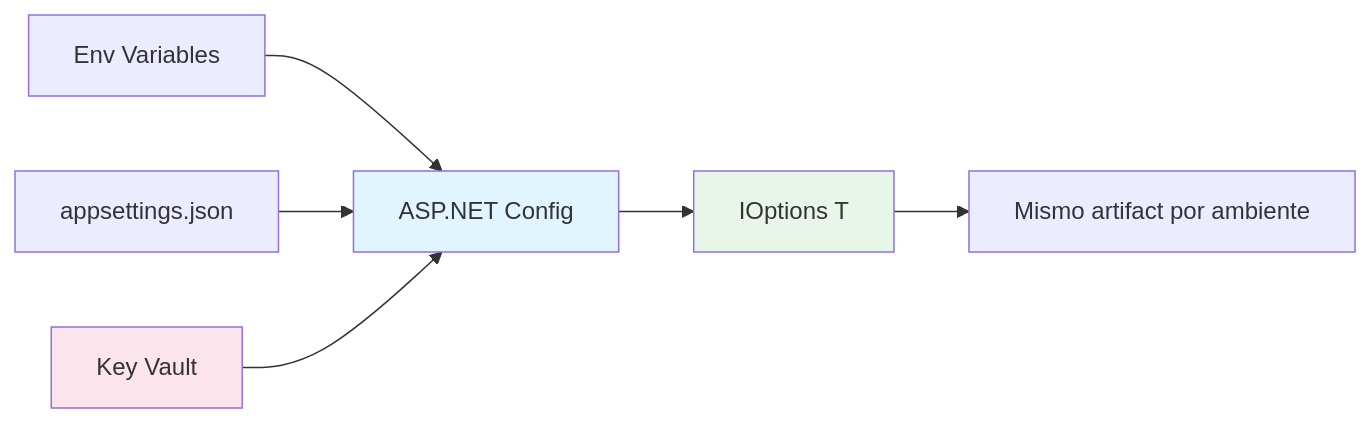
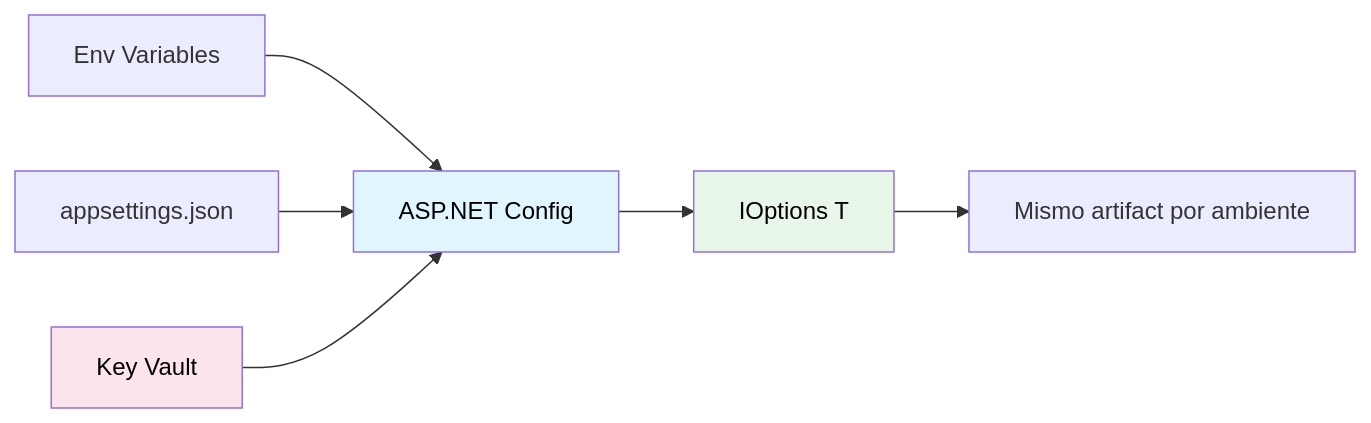
Before and after one commit to jclemente-tlm/tlm-doc-architecture: the diagram in docs/fundamentos-corporativos/estandares/desarrollo/app-configuration.md, drawn with Mermaid. The commit also changed 21 other files, not shown here.

````diff
--- a/docs/fundamentos-corporativos/estandares/desarrollo/app-configuration.md
+++ b/docs/fundamentos-corporativos/estandares/desarrollo/app-configuration.md
@@ -38,12 +38,12 @@
 ```mermaid
 graph LR
     A[Env Variables] --> C[ASP.NET Config]
     B[appsettings.json] --> C
     C --> D[IOptions T]
     E[Key Vault] --> C
     D --> F[Mismo artifact por ambiente]
 
-    style C fill:#e1f5ff
-    style D fill:#e8f5e9
-    style E fill:#fce4ec
+    style C fill:#e1f5ff,color:#000000
+    style D fill:#e8f5e9,color:#000000
+    style E fill:#fce4ec,color:#000000
 ```
````
